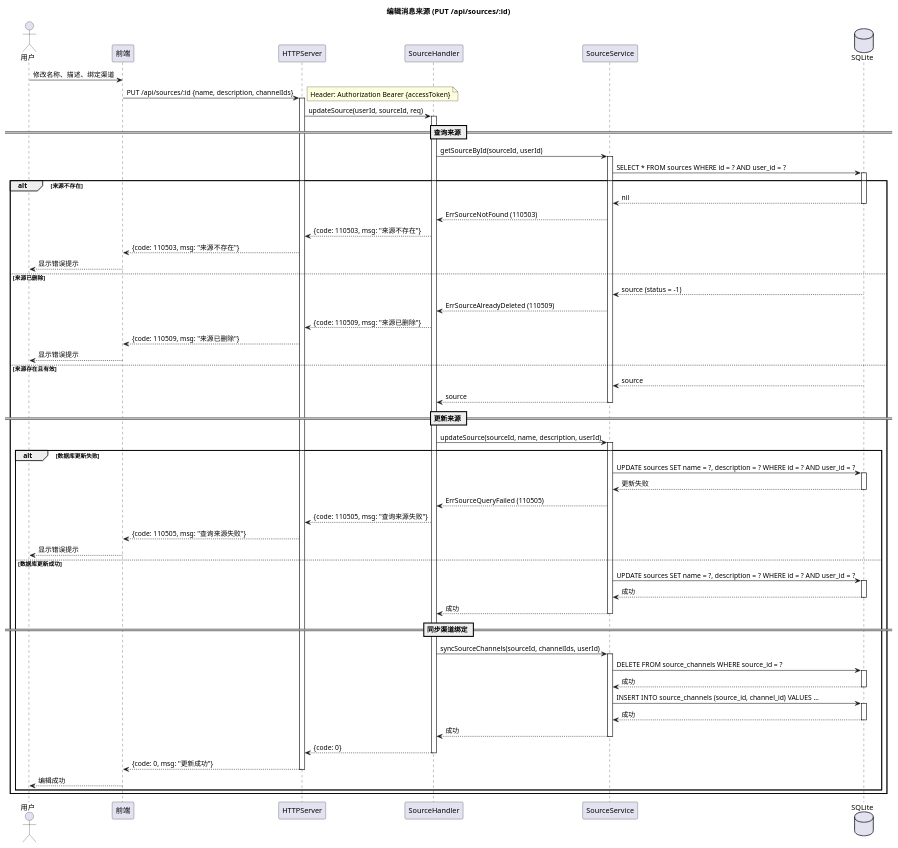
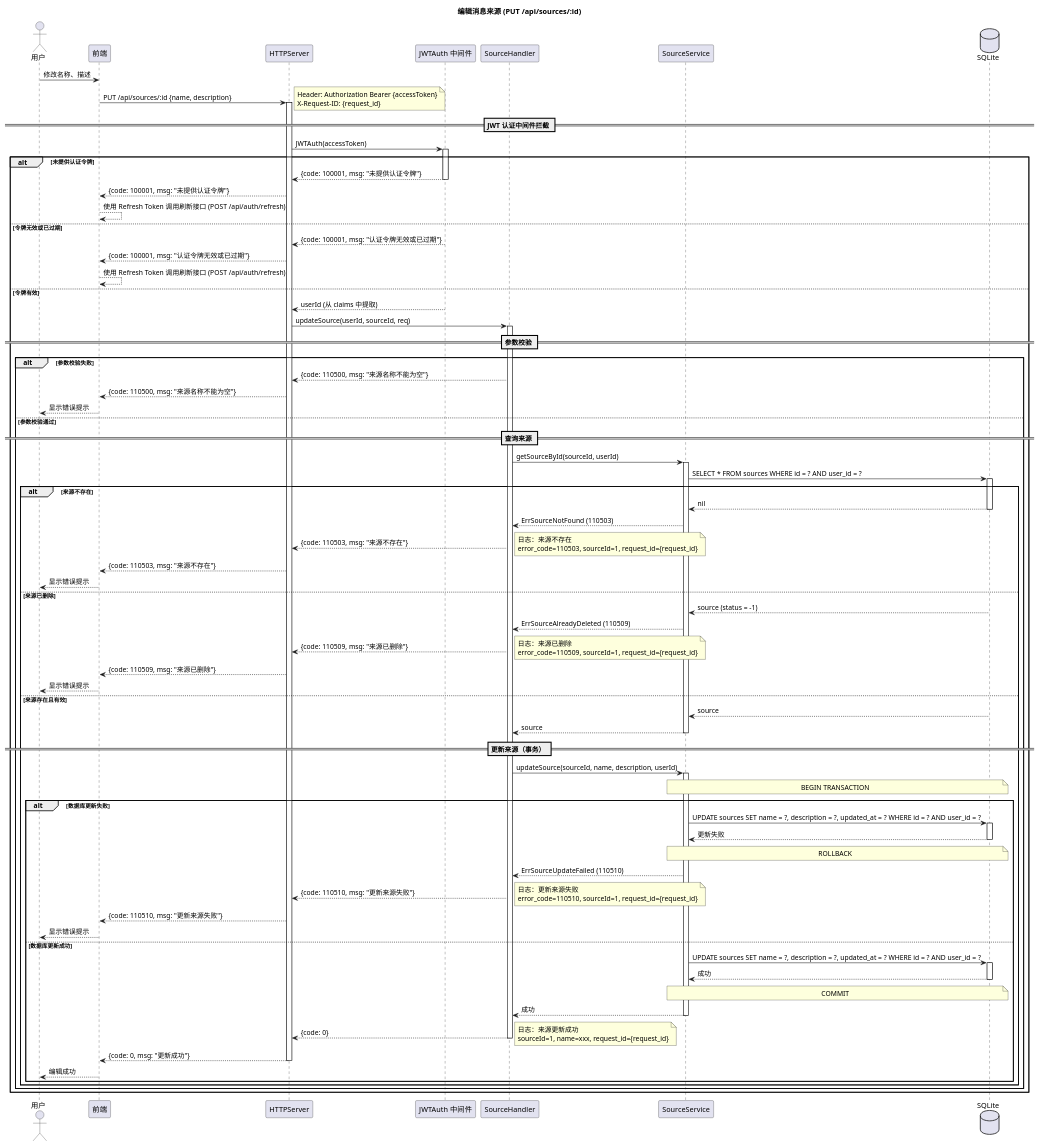
Before and after one commit to loommii/OctoTify: the diagram in docs/uml/02-sequence/02-02-edit-source.puml, drawn with PlantUML. The commit also changed 20 other files, not shown here.

First line of the commit message:
📝 docs(uml): 为消息模块时序图添加 JWT 认证流程

```diff
--- a/docs/uml/02-sequence/02-02-edit-source.puml
+++ b/docs/uml/02-sequence/02-02-edit-source.puml
@@ -1,93 +1,115 @@
 @startuml OctoTify_Sequence_EditSource
 
 skinparam sequenceStyle svg
 skinparam linetype ortho
 
 title 编辑消息来源 (PUT /api/sources/:id)
 
 actor "用户" as User
 participant "前端" as Frontend
 participant "HTTPServer" as Server
+participant "JWTAuth 中间件" as JWT
 participant "SourceHandler" as Handler
 participant "SourceService" as Service
 database "SQLite" as DB
 
-User -> Frontend: 修改名称、描述、绑定渠道
-Frontend -> Server: PUT /api/sources/:id {name, description, channelIds}
-note right: Header: Authorization Bearer {accessToken}
+User -> Frontend: 修改名称、描述
+Frontend -> Server: PUT /api/sources/:id {name, description}
+note right: Header: Authorization Bearer {accessToken}\nX-Request-ID: {request_id}
 activate Server
-Server -> Handler: updateSource(userId, sourceId, req)
-activate Handler
 
-== 查询来源 ==
+== JWT 认证中间件拦截 ==
 
-Handler -> Service: getSourceById(sourceId, userId)
-activate Service
-Service -> DB: SELECT * FROM sources WHERE id = ? AND user_id = ?
-activate DB
+Server -> JWT: JWTAuth(accessToken)
+activate JWT
 
-alt 来源不存在
-    DB --> Service: nil
-    deactivate DB
-    Service --> Handler: ErrSourceNotFound (110503)
-    Handler --> Server: {code: 110503, msg: "来源不存在"}
-    Server --> Frontend: {code: 110503, msg: "来源不存在"}
-    Frontend --> User: 显示错误提示
-else 来源已删除
-    DB --> Service: source (status = -1)
-    deactivate DB
-    Service --> Handler: ErrSourceAlreadyDeleted (110509)
-    Handler --> Server: {code: 110509, msg: "来源已删除"}
-    Server --> Frontend: {code: 110509, msg: "来源已删除"}
-    Frontend --> User: 显示错误提示
-else 来源存在且有效
-    DB --> Service: source
-    deactivate DB
-    Service --> Handler: source
-    deactivate Service
+alt 未提供认证令牌
+    JWT --> Server: {code: 100001, msg: "未提供认证令牌"}
+    deactivate JWT
+    Server --> Frontend: {code: 100001, msg: "未提供认证令牌"}
+    Frontend --> Frontend: 使用 Refresh Token 调用刷新接口 (POST /api/auth/refresh)
+else 令牌无效或已过期
+    JWT --> Server: {code: 100001, msg: "认证令牌无效或已过期"}
+    deactivate JWT
+    Server --> Frontend: {code: 100001, msg: "认证令牌无效或已过期"}
+    Frontend --> Frontend: 使用 Refresh Token 调用刷新接口 (POST /api/auth/refresh)
+else 令牌有效
+    JWT --> Server: userId (从 claims 中提取)
+    deactivate JWT
+    Server -> Handler: updateSource(userId, sourceId, req)
+    activate Handler
 
-    == 更新来源 ==
+    == 参数校验 ==
 
-    Handler -> Service: updateSource(sourceId, name, description, userId)
-    activate Service
+    alt 参数校验失败
+        Handler --> Server: {code: 110500, msg: "来源名称不能为空"}
+        Server --> Frontend: {code: 110500, msg: "来源名称不能为空"}
+        Frontend --> User: 显示错误提示
+    else 参数校验通过
 
-    alt 数据库更新失败
-        Service -> DB: UPDATE sources SET name = ?, description = ? WHERE id = ? AND user_id = ?
+        == 查询来源 ==
+
+        Handler -> Service: getSourceById(sourceId, userId)
+        activate Service
+        Service -> DB: SELECT * FROM sources WHERE id = ? AND user_id = ?
         activate DB
-        DB --> Service: 更新失败
-        deactivate DB
-        Service --> Handler: ErrSourceQueryFailed (110505)
-        Handler --> Server: {code: 110505, msg: "查询来源失败"}
-        Server --> Frontend: {code: 110505, msg: "查询来源失败"}
-        Frontend --> User: 显示错误提示
-    else 数据库更新成功
-        Service -> DB: UPDATE sources SET name = ?, description = ? WHERE id = ? AND user_id = ?
-        activate DB
-        DB --> Service: 成功
-        deactivate DB
-        Service --> Handler: 成功
-        deactivate Service
 
-        == 同步渠道绑定 ==
+        alt 来源不存在
+            DB --> Service: nil
+            deactivate DB
+            Service --> Handler: ErrSourceNotFound (110503)
+            Handler --> Server: {code: 110503, msg: "来源不存在"}
+            note right: 日志：来源不存在\nerror_code=110503, sourceId=1, request_id={request_id}
+            Server --> Frontend: {code: 110503, msg: "来源不存在"}
+            Frontend --> User: 显示错误提示
+        else 来源已删除
+            DB --> Service: source (status = -1)
+            deactivate DB
+            Service --> Handler: ErrSourceAlreadyDeleted (110509)
+            Handler --> Server: {code: 110509, msg: "来源已删除"}
+            note right: 日志：来源已删除\nerror_code=110509, sourceId=1, request_id={request_id}
+            Server --> Frontend: {code: 110509, msg: "来源已删除"}
+            Frontend --> User: 显示错误提示
+        else 来源存在且有效
+            DB --> Service: source
+            deactivate DB
+            Service --> Handler: source
+            deactivate Service
 
-        Handler -> Service: syncSourceChannels(sourceId, channelIds, userId)
-        activate Service
-        Service -> DB: DELETE FROM source_channels WHERE source_id = ?
-        activate DB
-        DB --> Service: 成功
-        deactivate DB
-        Service -> DB: INSERT INTO source_channels (source_id, channel_id) VALUES ...
-        activate DB
-        DB --> Service: 成功
-        deactivate DB
-        Service --> Handler: 成功
-        deactivate Service
-        Handler --> Server: {code: 0}
-        deactivate Handler
-        Server --> Frontend: {code: 0, msg: "更新成功"}
-        deactivate Server
-        Frontend --> User: 编辑成功
+            == 更新来源（事务） ==
+
+            Handler -> Service: updateSource(sourceId, name, description, userId)
+            activate Service
+            note over Service, DB: BEGIN TRANSACTION
+
+            alt 数据库更新失败
+                Service -> DB: UPDATE sources SET name = ?, description = ?, updated_at = ? WHERE id = ? AND user_id = ?
+                activate DB
+                DB --> Service: 更新失败
+                deactivate DB
+                note over Service, DB: ROLLBACK
+                Service --> Handler: ErrSourceUpdateFailed (110510)
+                Handler --> Server: {code: 110510, msg: "更新来源失败"}
+                note right: 日志：更新来源失败\nerror_code=110510, sourceId=1, request_id={request_id}
+                Server --> Frontend: {code: 110510, msg: "更新来源失败"}
+                Frontend --> User: 显示错误提示
+            else 数据库更新成功
+                Service -> DB: UPDATE sources SET name = ?, description = ?, updated_at = ? WHERE id = ? AND user_id = ?
+                activate DB
+                DB --> Service: 成功
+                deactivate DB
+                note over Service, DB: COMMIT
+                Service --> Handler: 成功
+                deactivate Service
+                Handler --> Server: {code: 0}
+                deactivate Handler
+                note right: 日志：来源更新成功\nsourceId=1, name=xxx, request_id={request_id}
+                Server --> Frontend: {code: 0, msg: "更新成功"}
+                deactivate Server
+                Frontend --> User: 编辑成功
+            end
+        end
     end
 end
 
 @enduml
```
